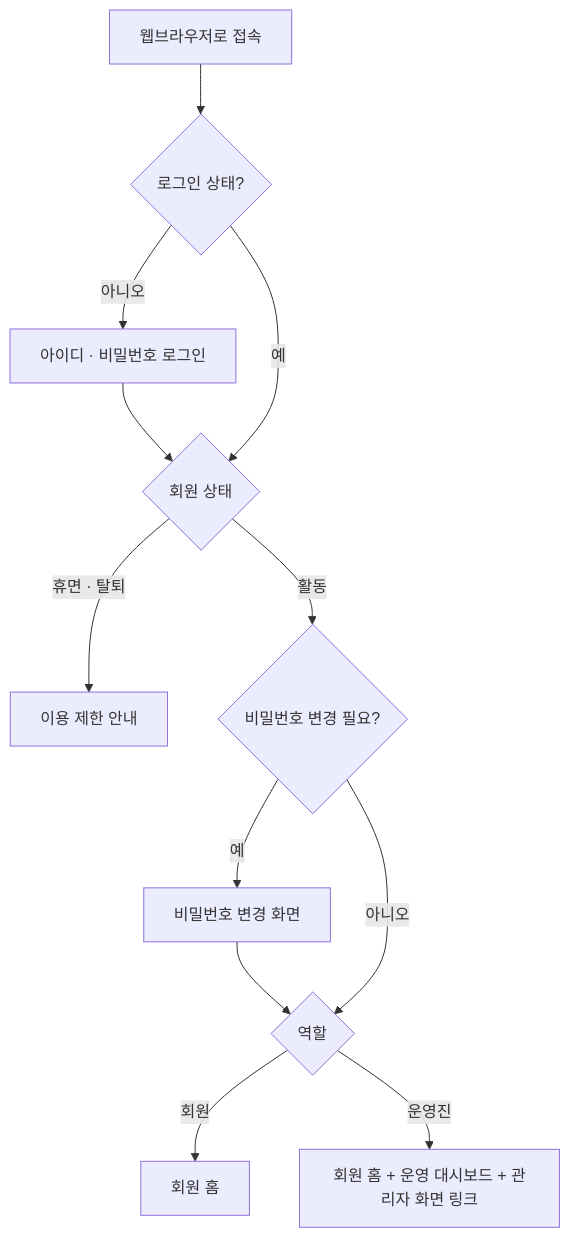
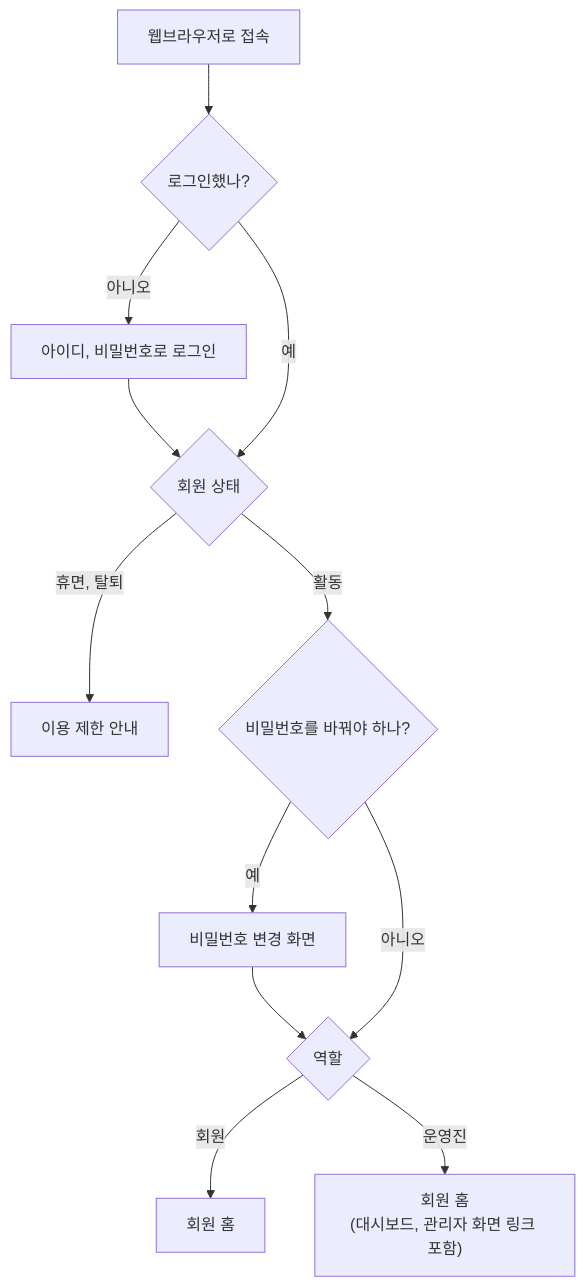
Before and after one commit to keepmind7/AI_Club_Web: the second of 4 diagrams in README.md, drawn with Mermaid. The commit also changed other lines of this file and 22 other files, not shown here.

````diff
--- a/README.md
+++ b/README.md
@@ -64,14 +306,14 @@
 ```mermaid
 flowchart TD
-    A["웹브라우저로 접속"] --> B{"로그인 상태?"}
-    B -- 아니오 --> C["아이디 · 비밀번호 로그인"]
+    A["웹브라우저로 접속"] --> B{"로그인했나?"}
+    B -- 아니오 --> C["아이디, 비밀번호로 로그인"]
     C --> D{"회원 상태"}
     B -- 예 --> D
-    D -- 휴면 · 탈퇴 --> H["이용 제한 안내"]
-    D -- 활동 --> E{"비밀번호 변경 필요?"}
+    D -- 휴면, 탈퇴 --> H["이용 제한 안내"]
+    D -- 활동 --> E{"비밀번호를 바꿔야 하나?"}
     E -- 예 --> F["비밀번호 변경 화면"]
     F --> G{"역할"}
     E -- 아니오 --> G
     G -- 회원 --> J["회원 홈"]
-    G -- 운영진 --> K["회원 홈 + 운영 대시보드 + 관리자 화면 링크"]
+    G -- 운영진 --> K["회원 홈<br/>(대시보드, 관리자 화면 링크 포함)"]
 ```
````
